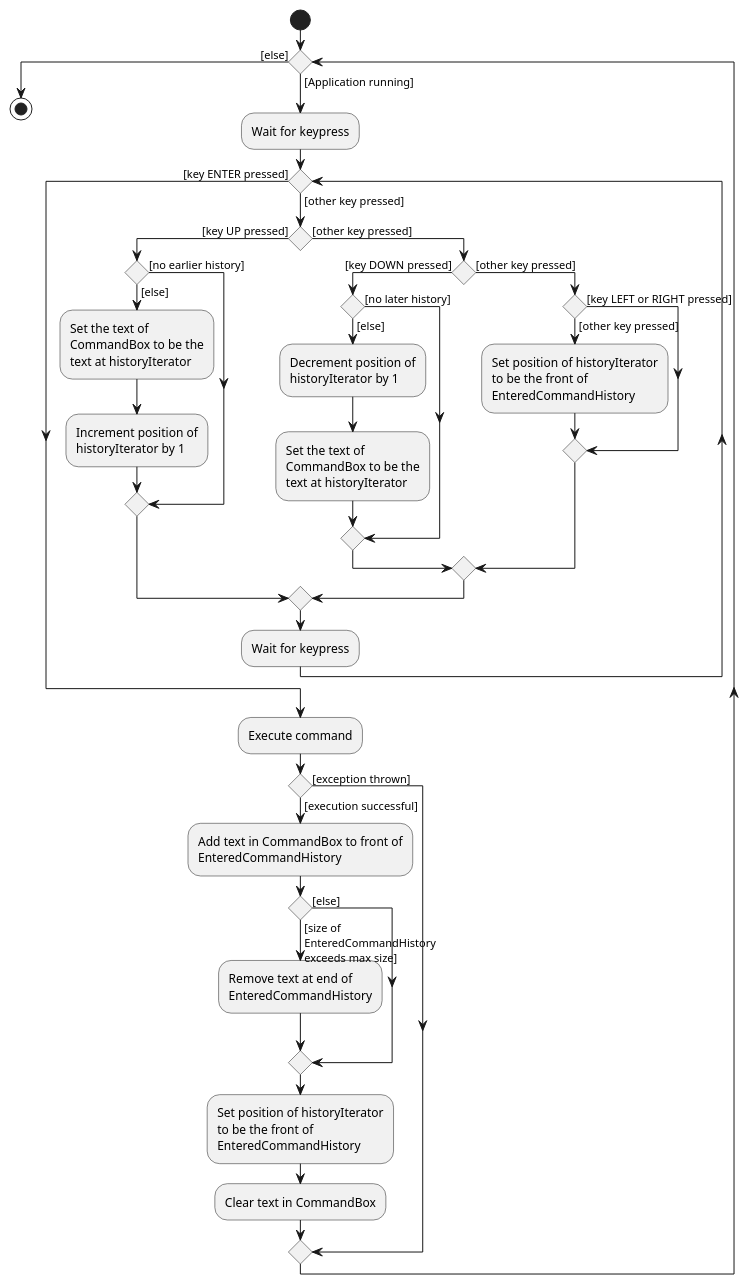
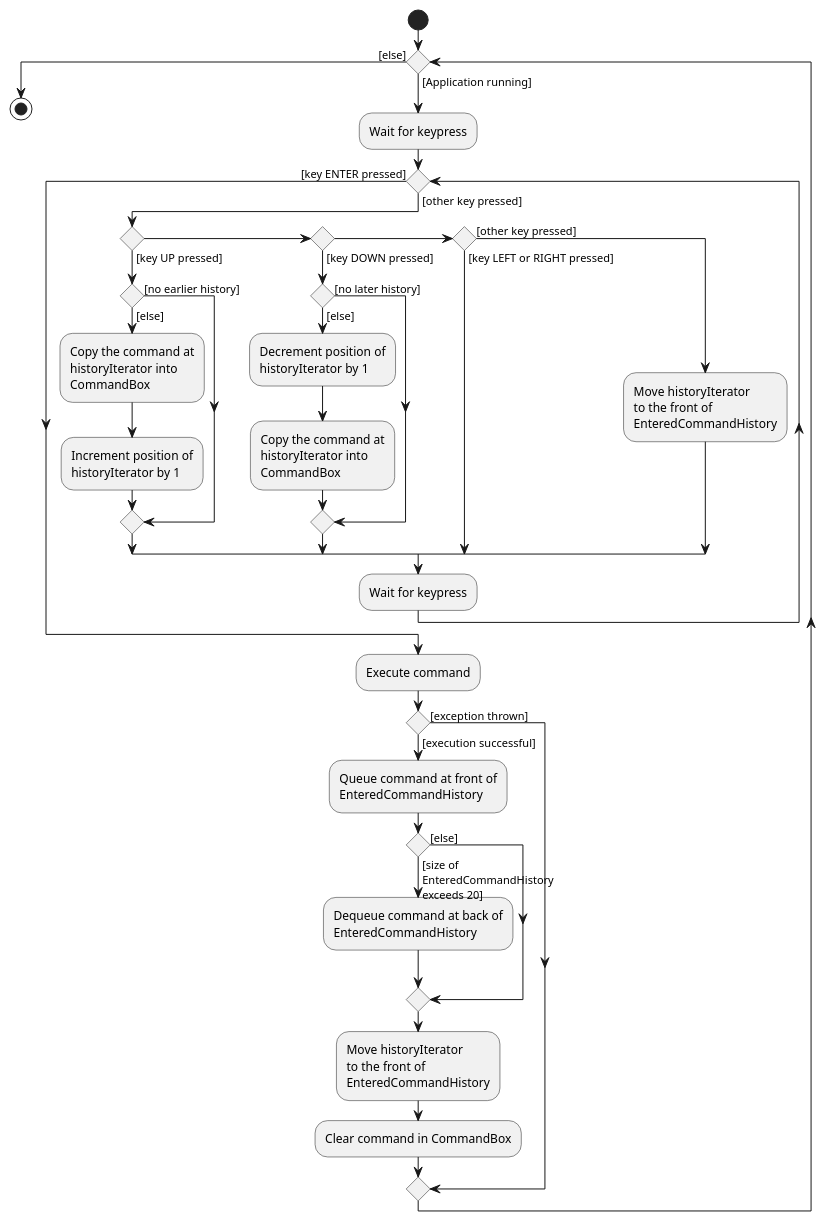
The diagram in docs/diagrams/CommandHistoryActivityDiagram.puml (wxwxwxwx9/main), drawn with PlantUML before and after one commit.

```diff
--- a/docs/diagrams/CommandHistoryActivityDiagram.puml
+++ b/docs/diagrams/CommandHistoryActivityDiagram.puml
@@ -1,59 +1,57 @@
 @startuml
 start
 
 while () is ([Application running])
     :Wait for keypress;
 
     while () is ([other key pressed])
         if () then ([key UP pressed])
             if () then ([no earlier history])
             else ([else])
-                :Set the text of
-                CommandBox to be the
-                text at historyIterator;
+                :Copy the command at
+                historyIterator into
+                CommandBox;
                 :Increment position of
                 historyIterator by 1;
             endif
-        else ([other key pressed])
 
-        if () then ([key DOWN pressed])
+        else if () then ([key DOWN pressed])
             if () then ([no later history])
             else ([else])
                 :Decrement position of
                 historyIterator by 1;
-                :Set the text of
-                CommandBox to be the
-                text at historyIterator;
+                :Copy the command at
+                historyIterator into
+                CommandBox;
             endif
+
+        else if () then ([key LEFT or RIGHT pressed])
         else ([other key pressed])
-
-        if () then ([key LEFT or RIGHT pressed])
-        else ([other key pressed])
-            :Set position of historyIterator
-            to be the front of
+            :Move historyIterator
+            to the front of
             EnteredCommandHistory;
 
-        endif
-        endif
         endif
     :Wait for keypress;
     endwhile ([key ENTER pressed])
 
   :Execute command;
   if () then ([execution successful])
-      :Add text in CommandBox to front of
+      :Queue command at front of
       EnteredCommandHistory;
-      if () then ([size of \nEnteredCommandHistory\nexceeds max size])
-      :Remove text at end of
+
+      if () then ([size of \nEnteredCommandHistory\nexceeds 20])
+      :Dequeue command at back of
       EnteredCommandHistory;
       else ([else])
       endif
-      :Set position of historyIterator
-      to be the front of
+
+      :Move historyIterator
+      to the front of
       EnteredCommandHistory;
-      :Clear text in CommandBox;
+      :Clear command in CommandBox;
   else ([exception thrown])
   endif
 endwhile ([else])
 stop
 @enduml
```
